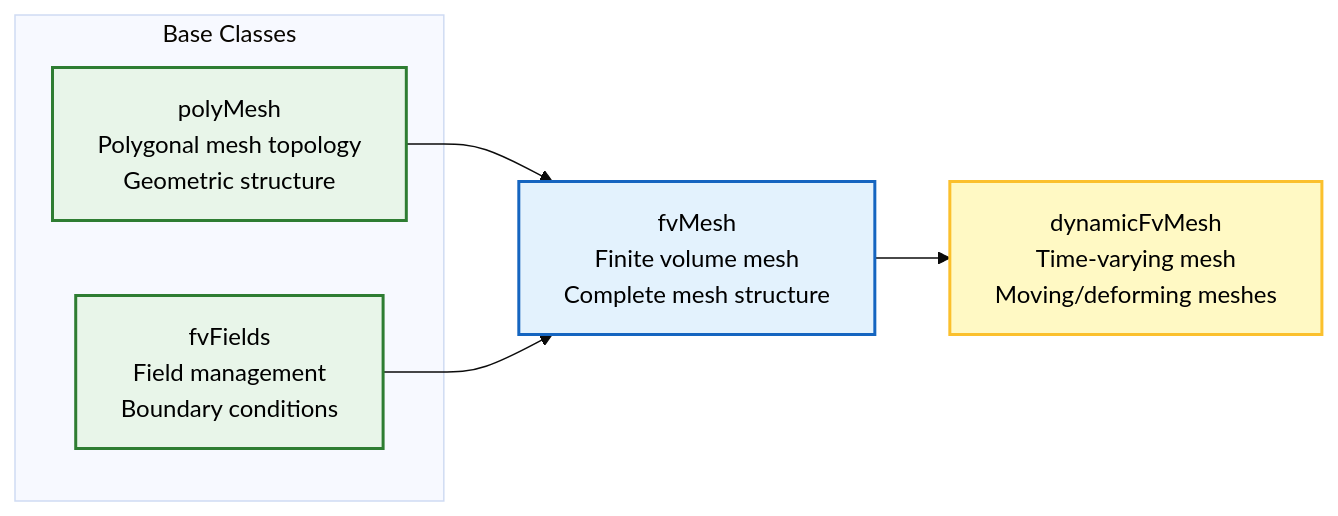
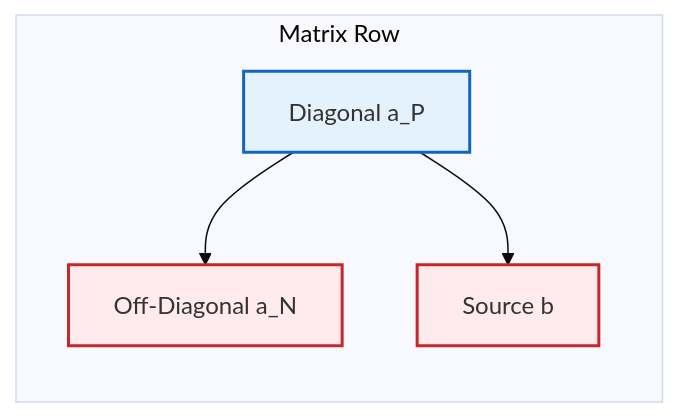
One commit to wramet/build-my-cfd changed the fifth of 8 diagrams in MODULE_01_CFD_FUNDAMENTALS/CONTENT/02_FINITE_VOLUME_METHOD/00_Overview.md. Above: the diagram before and after it, drawn with Mermaid (base theme). The commit also changed other lines of this file and 313 other files, not shown here.

Commit message:
Revise all diagram

````diff
--- a/MODULE_01_CFD_FUNDAMENTALS/CONTENT/02_FINITE_VOLUME_METHOD/00_Overview.md
+++ b/MODULE_01_CFD_FUNDAMENTALS/CONTENT/02_FINITE_VOLUME_METHOD/00_Overview.md
@@ -362,23 +243,16 @@
 ```mermaid
 graph LR
-    subgraph "Base Classes"
-        A["polyMesh<br/>Polygonal mesh topology<br/>Geometric structure"]
-        B["fvFields<br/>Field management<br/>Boundary conditions"]
-    end
+%% Matrix Row Structure
+subgraph Matrix ["Matrix Row"]
+    Diag["Diagonal a_P"]:::implicit
+    Off["Off-Diagonal a_N"]:::explicit
+    Src["Source b"]:::explicit
+end
 
-    C["fvMesh<br/>Finite volume mesh<br/>Complete mesh structure"]
-    D["dynamicFvMesh<br/>Time-varying mesh<br/>Moving/deforming meshes"]
+Diag --> Off
+Diag --> Src
 
-    A --> C
-    B --> C
-    C --> D
-
-    %% Styling Definitions
-    classDef base fill:#e8f5e9,stroke:#2e7d32,stroke-width:2px,color:#000;
-    classDef core fill:#e3f2fd,stroke:#1565c0,stroke-width:2px,color:#000;
-    classDef derived fill:#fff9c4,stroke:#fbc02d,stroke-width:2px,color:#000;
-
-    class A,B base;
-    class C core;
-    class D derived;
+%% Classes
+classDef implicit fill:#e3f2fd,stroke:#1565c0,stroke-width:2px;
+classDef explicit fill:#ffebee,stroke:#c62828,stroke-width:2px;
 ```
````
